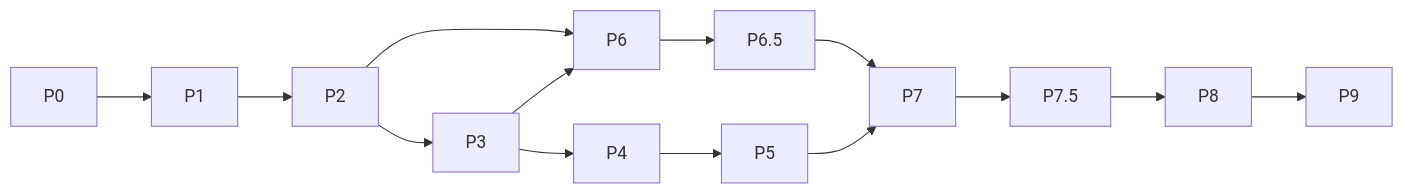
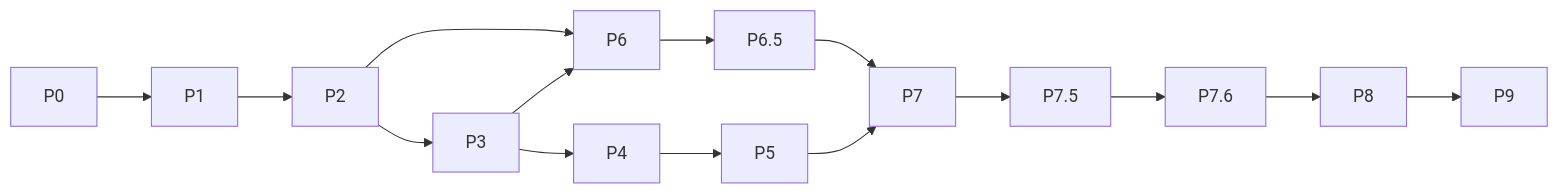
One commit to ShashidharReddy01/Momentum changed the diagram in docs/roadmap/roadmap.md. Above: the diagram before and after it, drawn with Mermaid. The commit also changed other lines of this file and 17 other files, not shown here.

````diff
--- a/docs/roadmap/roadmap.md
+++ b/docs/roadmap/roadmap.md
@@ -24,10 +25,10 @@
 ```mermaid
 flowchart LR
   P0 --> P1 --> P2 --> P3 --> P4 --> P5
   P2 --> P6
   P3 --> P6
   P6 --> P65[P6.5]
   P65 --> P7
   P5 --> P7
-  P7 --> P75[P7.5] --> P8 --> P9
+  P7 --> P75[P7.5] --> P76[P7.6] --> P8 --> P9
 ```
````
